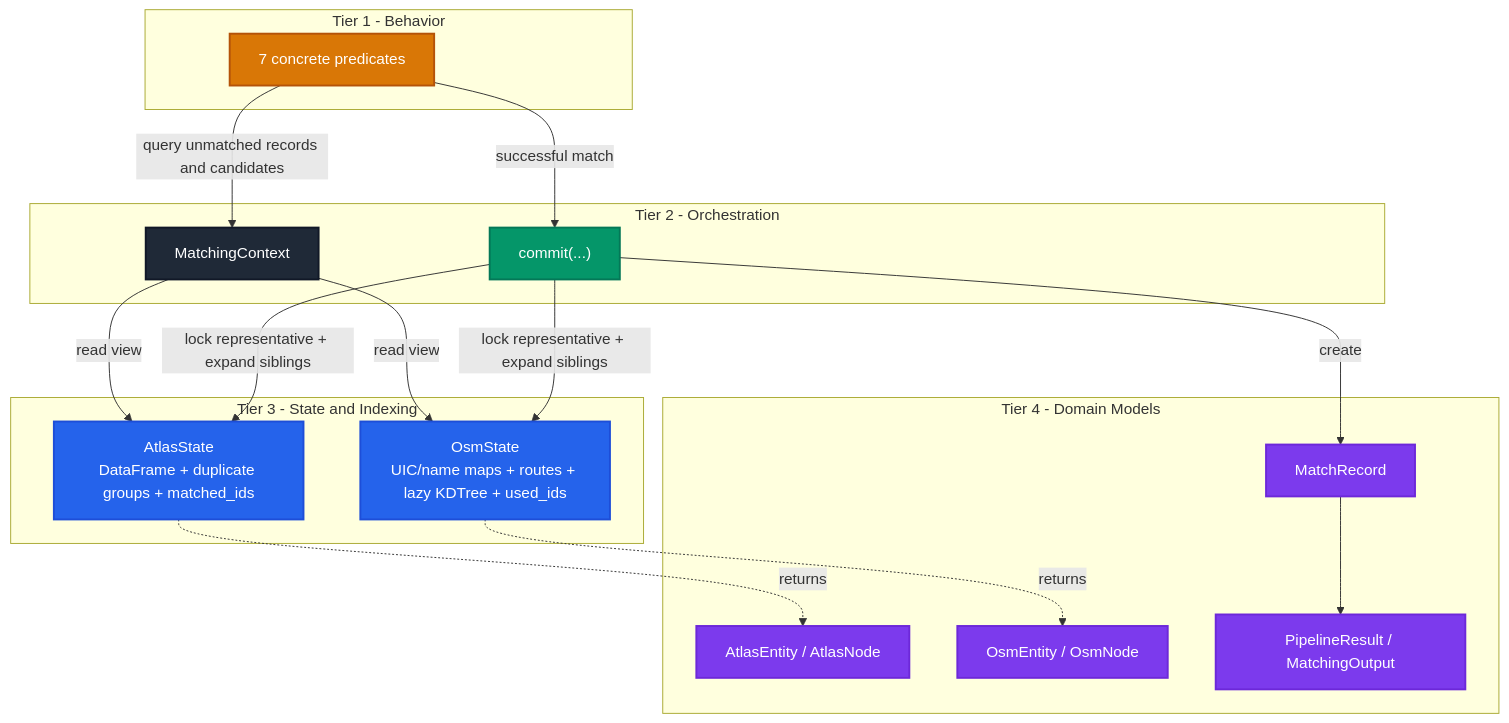
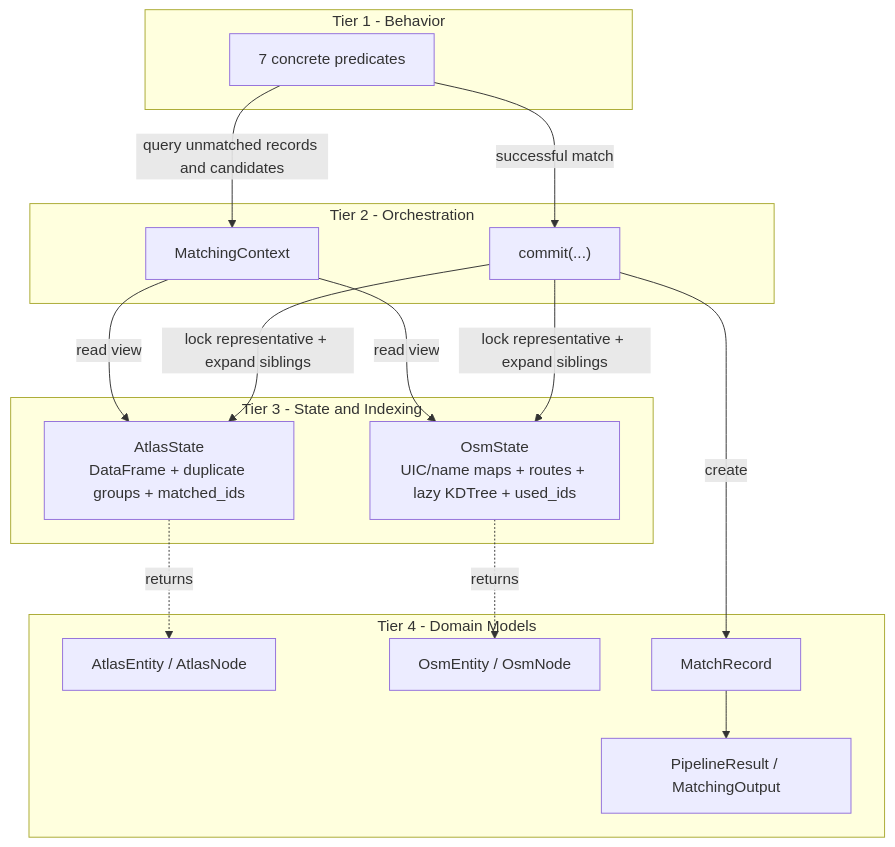
Before and after one commit to openTdataCH/stop_sync_osm_atlas: the second of 4 diagrams in documentation/2. Matching process.md, drawn with Mermaid. The commit also changed 1 other file, not shown here.

Commit message:
improved pdf doc

````diff
--- a/documentation/2. Matching process.md
+++ b/documentation/2. Matching process.md
@@ -36,40 +36,35 @@
 ```mermaid
 flowchart TD
-    classDef behavior fill:#d97706,color:#fff,stroke:#b45309,stroke-width:2px
-    classDef orchestration fill:#1f2937,color:#fff,stroke:#111827,stroke-width:2px
-    classDef state fill:#2563eb,color:#fff,stroke:#1d4ed8,stroke-width:2px
-    classDef model fill:#7c3aed,color:#fff,stroke:#6d28d9,stroke-width:2px
-    classDef action fill:#059669,color:#fff,stroke:#047857,stroke-width:2px
 
     subgraph T1["Tier 1 - Behavior"]
         P["7 concrete predicates"]:::behavior
     end
 
     subgraph T2["Tier 2 - Orchestration"]
         Ctx["MatchingContext"]:::orchestration
         Commit["commit(...)"]:::action
     end
 
     subgraph T3["Tier 3 - State and Indexing"]
         AtlasState["AtlasState\nDataFrame + duplicate groups + matched_ids"]:::state
         OsmState["OsmState\nUIC/name maps + routes + lazy KDTree + used_ids"]:::state
     end
 
     subgraph T4["Tier 4 - Domain Models"]
         AtlasEntity["AtlasEntity / AtlasNode"]:::model
         OsmEntity["OsmEntity / OsmNode"]:::model
         MatchRecord["MatchRecord"]:::model
         Output["PipelineResult / MatchingOutput"]:::model
     end
 
     P -->|query unmatched records and candidates| Ctx
     Ctx -->|read view| AtlasState
     Ctx -->|read view| OsmState
     AtlasState -.->|returns| AtlasEntity
     OsmState -.->|returns| OsmEntity
     P -->|successful match| Commit
     Commit -->|lock representative + expand siblings| AtlasState
     Commit -->|lock representative + expand siblings| OsmState
-    Commit -->|create| MatchRecord
+    Commit --->|create| MatchRecord
     MatchRecord --> Output
 ```
````
